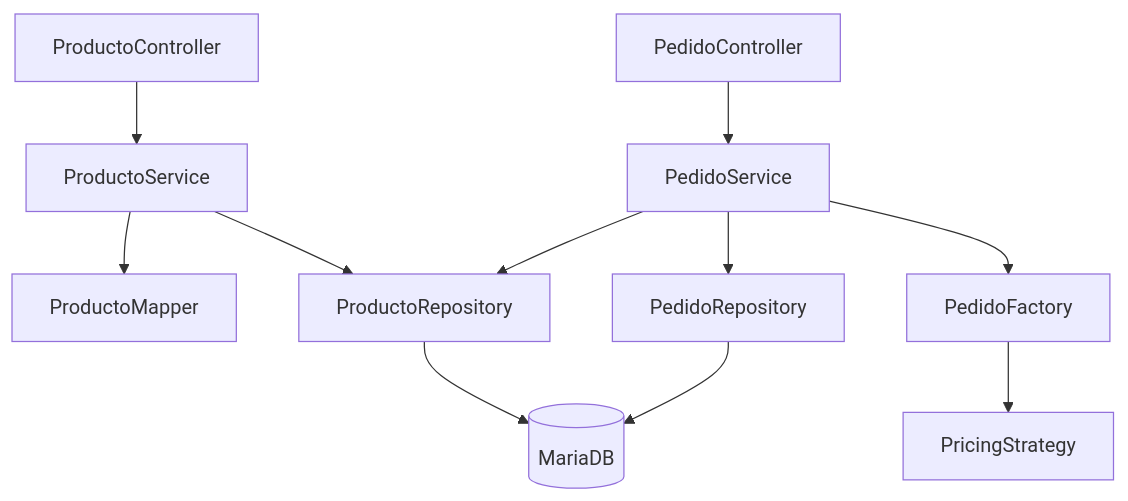
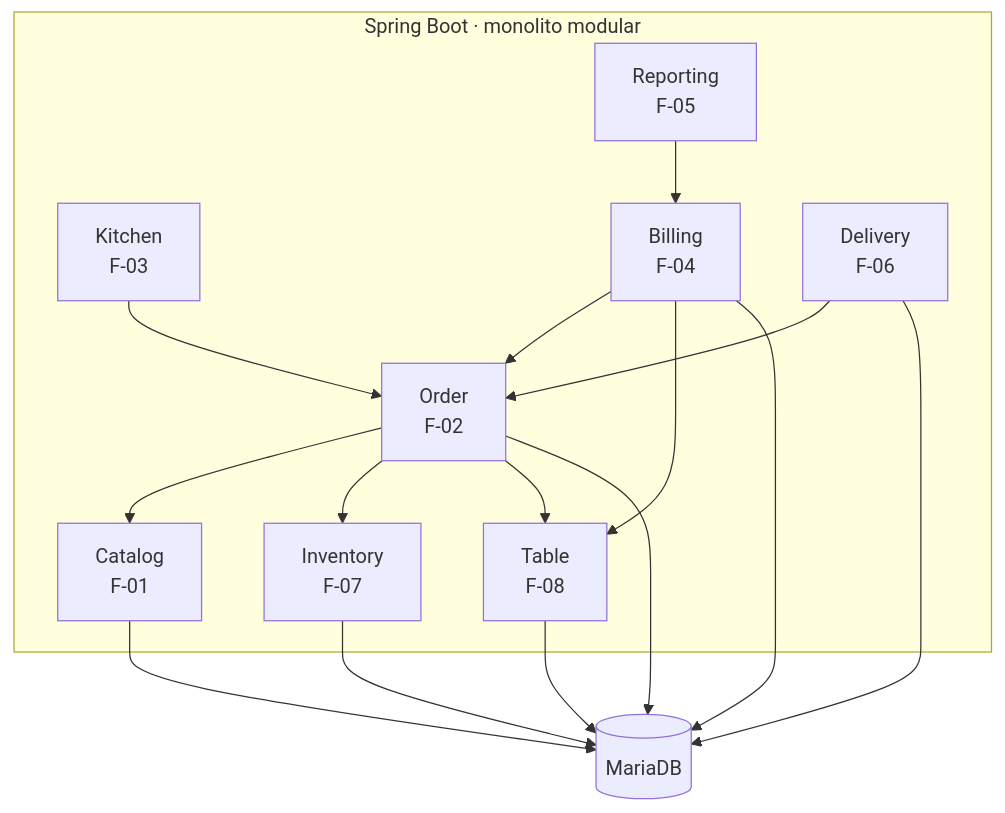
One commit to Deim05x/arepas-lulu-prototype changed the third of 3 diagrams in arepas-lulu-prototype/docs/architecture/C4.md. Above: the diagram before and after it, drawn with Mermaid. The commit also changed other lines of this file and 14 other files, not shown here.

````diff
--- a/arepas-lulu-prototype/docs/architecture/C4.md
+++ b/arepas-lulu-prototype/docs/architecture/C4.md
@@ -34,15 +36,28 @@
 ```mermaid
 flowchart TB
-  PC[ProductoController] --> PS[ProductoService]
-  PS --> PM[ProductoMapper]
-  PS --> PR[ProductoRepository]
+  subgraph API[Spring Boot · monolito modular]
+    CAT[Catalog\nF-01]
+    ORD[Order\nF-02]
+    KIT[Kitchen\nF-03]
+    BILL[Billing\nF-04]
+    REP[Reporting\nF-05]
+    DEL[Delivery\nF-06]
+    INV[Inventory\nF-07]
+    TAB[Table\nF-08]
+  end
 
-  OC[PedidoController] --> OS[PedidoService]
-  OS --> PF[PedidoFactory]
-  PF --> STR[PricingStrategy]
-  OS --> PR
-  OS --> OR[PedidoRepository]
-
-  PR --> DB[(MariaDB)]
-  OR --> DB
+  ORD --> CAT
+  ORD --> INV
+  ORD --> TAB
+  KIT --> ORD
+  BILL --> ORD
+  BILL --> TAB
+  REP --> BILL
+  DEL --> ORD
+  CAT --> DB[(MariaDB)]
+  ORD --> DB
+  BILL --> DB
+  DEL --> DB
+  INV --> DB
+  TAB --> DB
 ```
````
